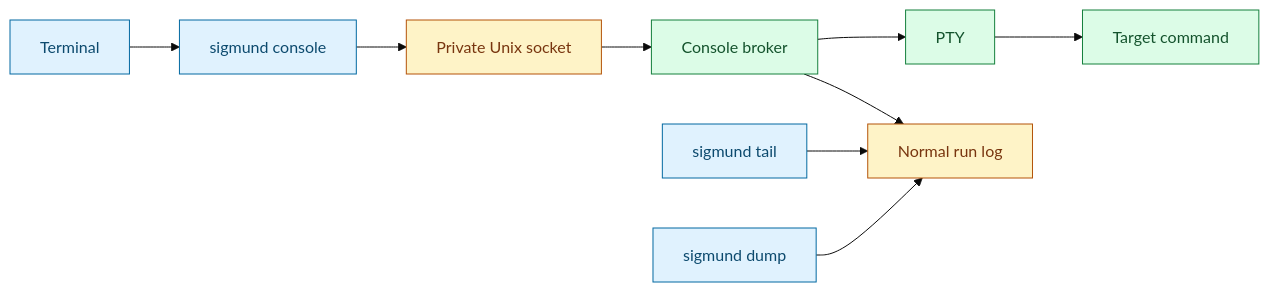
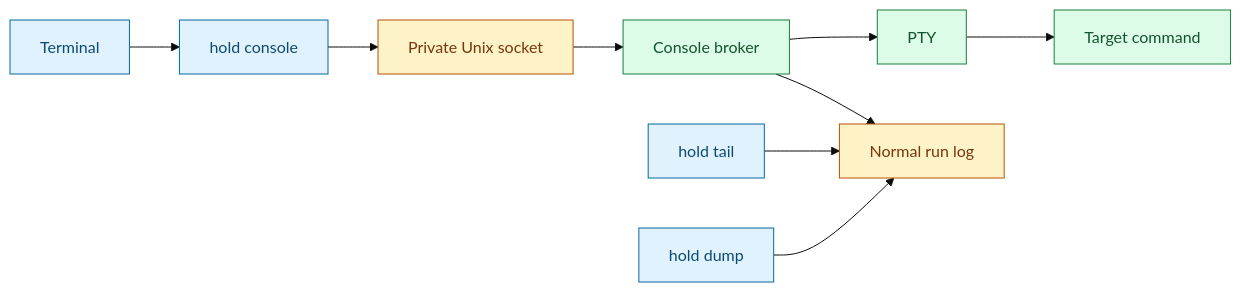
The second of 2 diagrams in docs/console.md (RchGrav/HoldOn), drawn with Mermaid (base theme) before and after one commit. The commit also changed other lines of this file and 91 other files, not shown here.

````diff
--- a/docs/console.md
+++ b/docs/console.md
@@ -56,19 +56,19 @@
 ```mermaid
 flowchart LR
-    User["Terminal"] --> Attach["sigmund console"]
+    User["Terminal"] --> Attach["hold console"]
     Attach --> Sock["Private Unix socket"]
     Sock --> Broker["Console broker"]
     Broker --> Pty["PTY"]
     Pty --> Child["Target command"]
     Broker --> Log["Normal run log"]
-    Tail["sigmund tail"] --> Log
-    Dump["sigmund dump"] --> Log
+    Tail["hold tail"] --> Log
+    Dump["hold dump"] --> Log
 
     classDef user fill:#e0f2fe,stroke:#0369a1,color:#0c4a6e
     classDef console fill:#dcfce7,stroke:#15803d,color:#14532d
     classDef state fill:#fef3c7,stroke:#b45309,color:#78350f
     classDef script fill:#ccfbf1,stroke:#0f766e,color:#134e4a
     class User,Attach,Tail,Dump user
     class Broker,Pty,Child console
     class Sock,Log state
 ```
````
